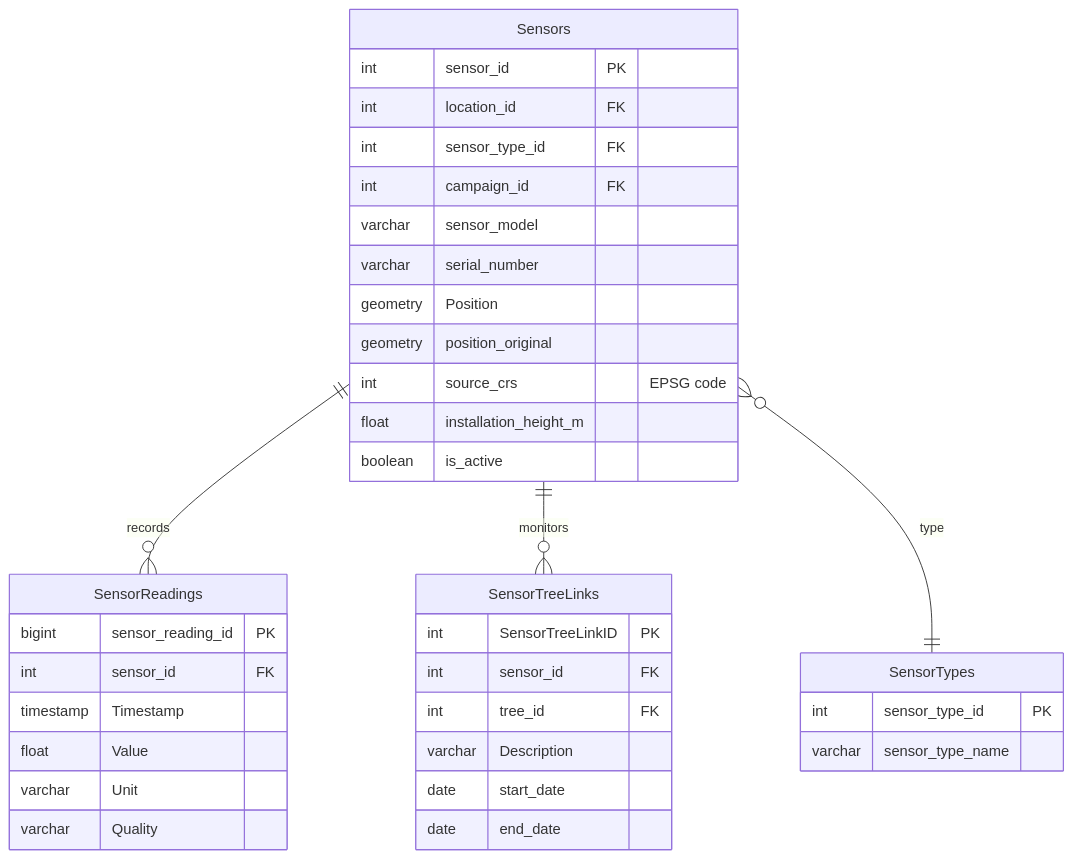
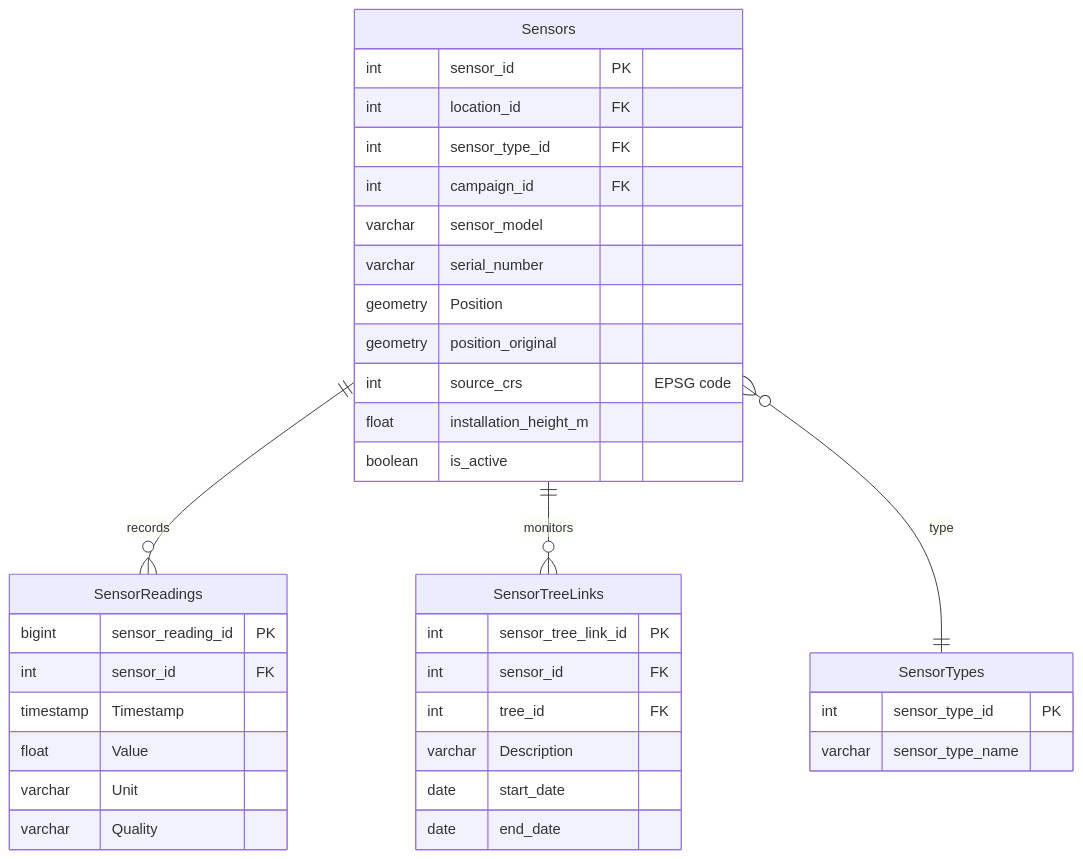
The third of 7 diagrams in docs/database-overview.md (XRFutureForests/digital-twin-db), drawn with Mermaid before and after one commit. The commit also changed 6 other files, not shown here.

````diff
--- a/docs/database-overview.md
+++ b/docs/database-overview.md
@@ -357,43 +357,43 @@
 ```mermaid
 erDiagram
     Sensors {
         int sensor_id PK
         int location_id FK
         int sensor_type_id FK
         int campaign_id FK
         varchar sensor_model
         varchar serial_number
         geometry Position
         geometry position_original
         int source_crs "EPSG code"
         float installation_height_m
         boolean is_active
     }
 
     SensorReadings {
         bigint sensor_reading_id PK
         int sensor_id FK
         timestamp Timestamp
         float Value
         varchar Unit
         varchar Quality
     }
 
     SensorTreeLinks {
-        int SensorTreeLinkID PK
+        int sensor_tree_link_id PK
         int sensor_id FK
         int tree_id FK
         varchar Description
         date start_date
         date end_date
     }
 
     SensorTypes {
         int sensor_type_id PK
         varchar sensor_type_name
     }
 
     Sensors ||--o{ SensorReadings : "records"
     Sensors ||--o{ SensorTreeLinks : "monitors"
     Sensors }o--|| SensorTypes : "type"
 ```
````
